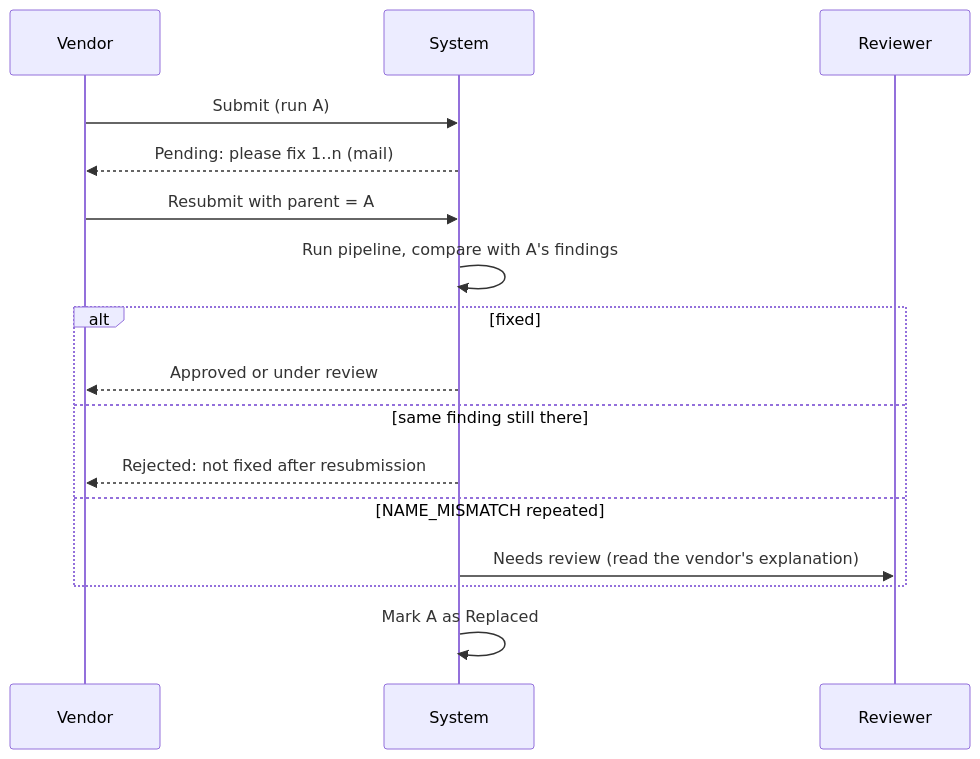
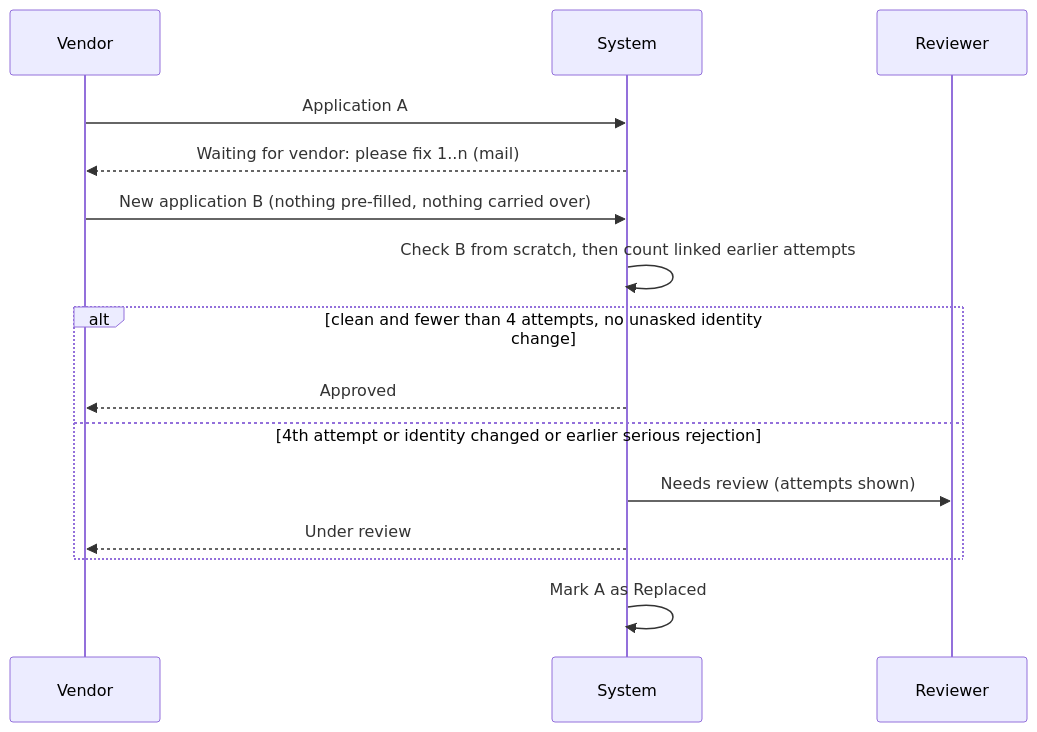
One commit to ShubhamK0802/vendor-onboarding-flask changed the third of 5 diagrams in docs/WORKFLOW.md. Above: the diagram before and after it, drawn with Mermaid. The commit also changed other lines of this file and 22 other files, not shown here.

````diff
--- a/docs/WORKFLOW.md
+++ b/docs/WORKFLOW.md
@@ -41,18 +41,17 @@
 ```mermaid
 sequenceDiagram
     participant V as Vendor
     participant S as System
     participant R as Reviewer
-    V->>S: Submit (run A)
-    S-->>V: Pending: please fix 1..n (mail)
-    V->>S: Resubmit with parent = A
-    S->>S: Run pipeline, compare with A's findings
-    alt fixed
-        S-->>V: Approved or under review
-    else same finding still there
-        S-->>V: Rejected: not fixed after resubmission
-    else NAME_MISMATCH repeated
-        S->>R: Needs review (read the vendor's explanation)
+    V->>S: Application A
+    S-->>V: Waiting for vendor: please fix 1..n (mail)
+    V->>S: New application B (nothing pre-filled, nothing carried over)
+    S->>S: Check B from scratch, then count linked earlier attempts
+    alt clean and fewer than 4 attempts, no unasked identity change
+        S-->>V: Approved
+    else 4th attempt or identity changed or earlier serious rejection
+        S->>R: Needs review (attempts shown)
+        S-->>V: Under review
     end
     S->>S: Mark A as Replaced
 ```
````
